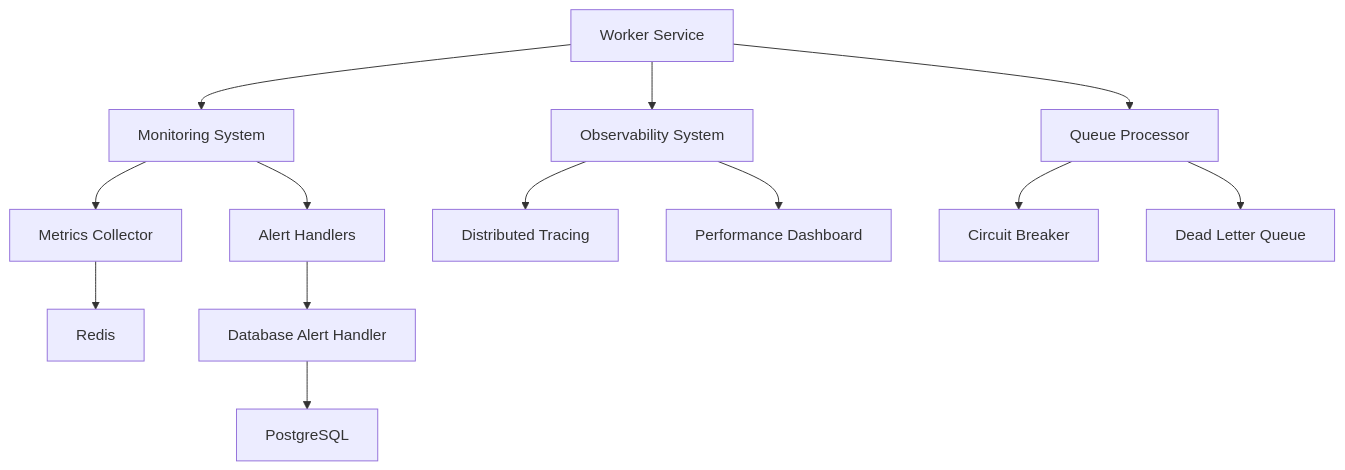
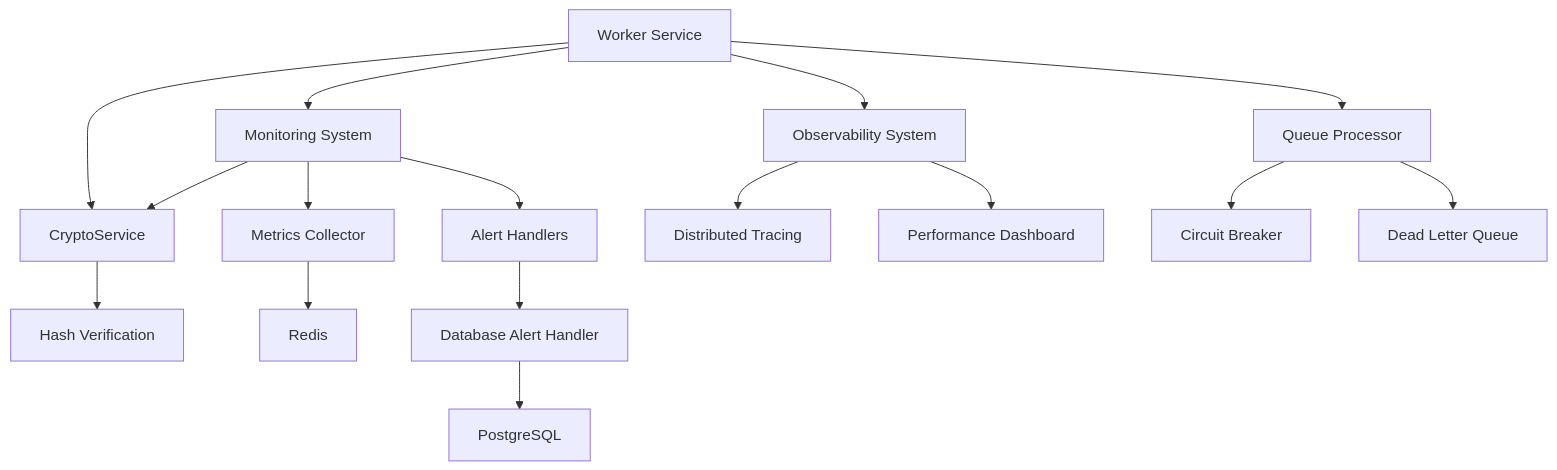
The first of 7 diagrams in .qoder/repowiki/en/content/Worker Service.md (smedrec/smart-logs), drawn with Mermaid before and after one commit. The commit also changed other lines of this file and 7 other files, not shown here.

First line of the commit message:
feat(auth): add organization role management with Redis caching and PostgreSQL persistence

````diff
--- a/.qoder/repowiki/en/content/Worker Service.md
+++ b/.qoder/repowiki/en/content/Worker Service.md
@@ -52,15 +57,18 @@
 ```mermaid
 graph TD
 A[Worker Service] --> B[Monitoring System]
 A --> C[Observability System]
 A --> D[Queue Processor]
-B --> E[Metrics Collector]
-B --> F[Alert Handlers]
-C --> G[Distributed Tracing]
-C --> H[Performance Dashboard]
-D --> I[Circuit Breaker]
-D --> J[Dead Letter Queue]
-E --> K[Redis]
-F --> L[Database Alert Handler]
-L --> M[PostgreSQL]
+A --> E[CryptoService]
+B --> E
+B --> F[Metrics Collector]
+B --> G[Alert Handlers]
+C --> H[Distributed Tracing]
+C --> I[Performance Dashboard]
+D --> J[Circuit Breaker]
+D --> K[Dead Letter Queue]
+E --> L[Hash Verification]
+F --> M[Redis]
+G --> N[Database Alert Handler]
+N --> O[PostgreSQL]
 ```
````
